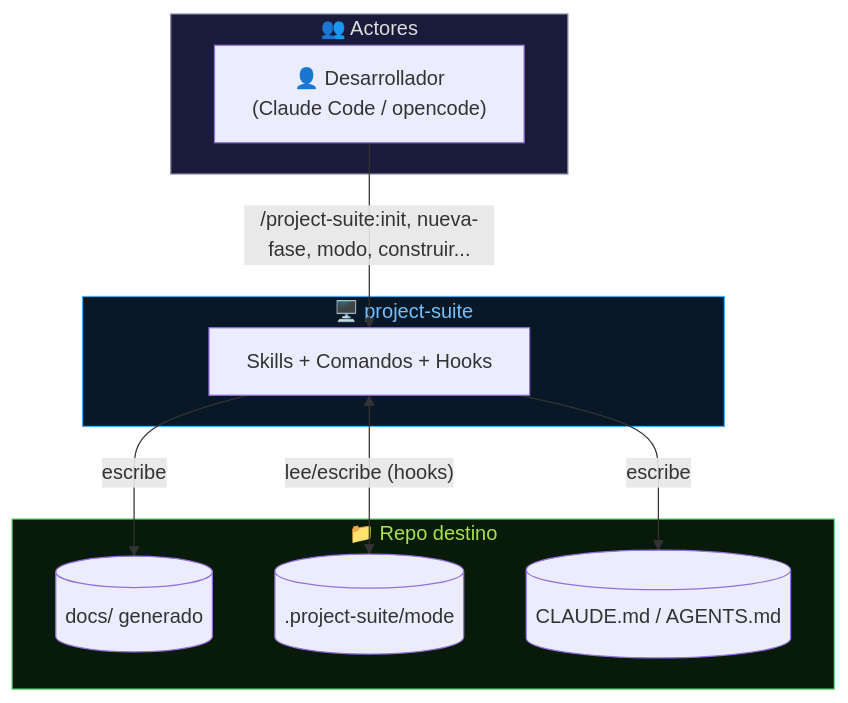
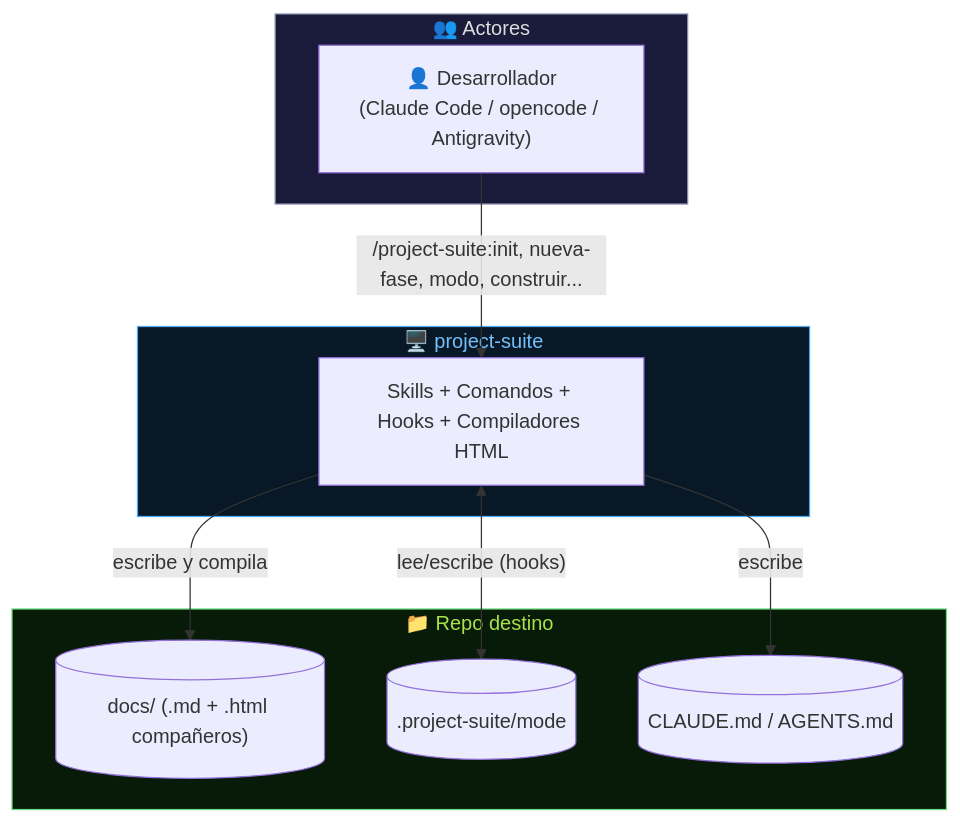
One commit to AlexPrietoRomani/project-suite changed the first of 5 diagrams in docs/architecture/architecture.md. Above: the diagram before and after it, drawn with Mermaid. The commit also changed other lines of this file and 16 other files, not shown here.

First line of the commit message:
feat(skills): integra generadores HTML de DB y arquitectura en flujo spec-driven; bump 1.5.1

````diff
--- a/docs/architecture/architecture.md
+++ b/docs/architecture/architecture.md
@@ -9,25 +9,25 @@
 ```mermaid
 flowchart TB
     subgraph Actores["👥 Actores"]
-        U1["👤 Desarrollador\n(Claude Code / opencode)"]
+        U1["👤 Desarrollador\n(Claude Code / opencode / Antigravity)"]
     end
 
     subgraph Sistema["🖥️ project-suite"]
-        PLUGIN["Skills + Comandos + Hooks"]
+        PLUGIN["Skills + Comandos + Hooks + Compiladores HTML"]
     end
 
     subgraph Destino["📁 Repo destino"]
-        DOCS[("docs/ generado")]
+        DOCS[("docs/ (.md + .html compañeros)")]
         MODE[(".project-suite/mode")]
         RULES[("CLAUDE.md / AGENTS.md")]
     end
 
     U1 -->|"/project-suite:init, nueva-fase, modo, construir..."| PLUGIN
-    PLUGIN -->|"escribe"| DOCS
+    PLUGIN -->|"escribe y compila"| DOCS
     PLUGIN -->|"escribe"| RULES
     PLUGIN <-->|"lee/escribe (hooks)"| MODE
 
     style Destino fill:#081a08,stroke:#69db7c,color:#a9e34b
     style Sistema fill:#091827,stroke:#4dabf7,color:#74c0fc
     style Actores fill:#1a1a3a,stroke:#8888aa,color:#dddddd
 ```
````
